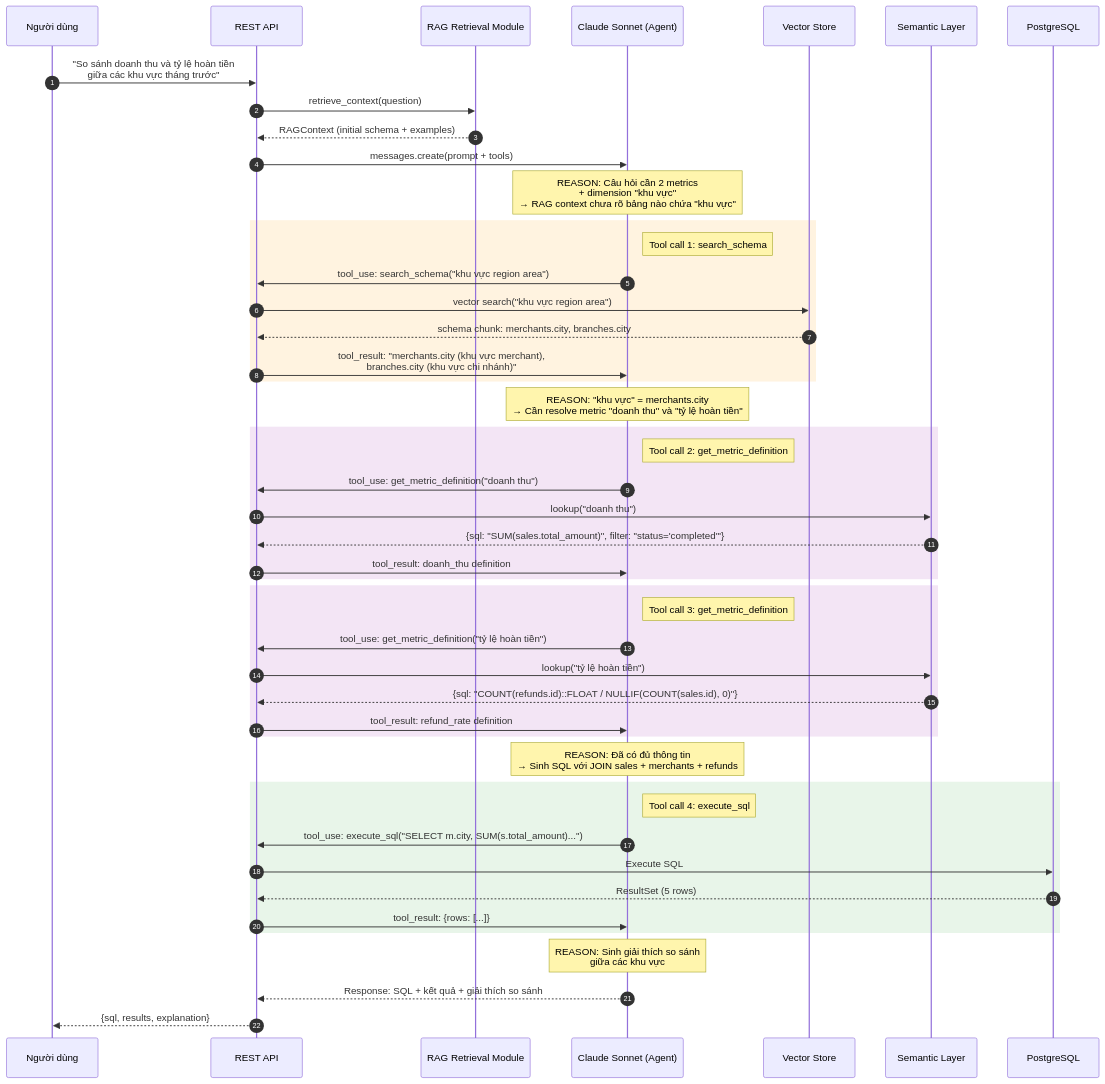
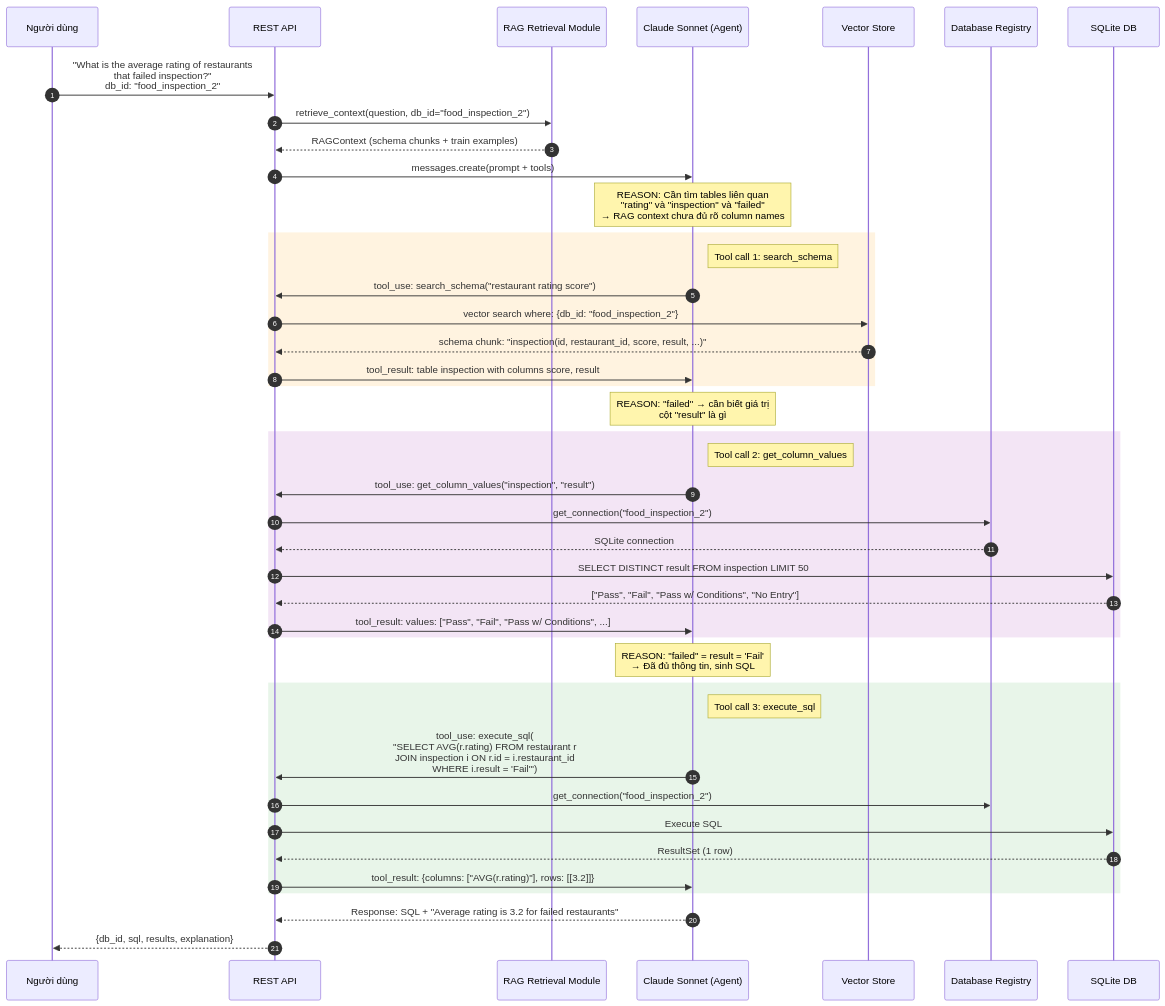
Before and after one commit to Learnheart/Text2SQL: the second of 6 diagrams in docs/03_Technical_Assessment/pattern_2_rag_single_agent/04_sequence_diagrams.md, drawn with Mermaid. The commit also changed other lines of this file and 3 other files, not shown here.

First line of the commit message:
rewrite architecture docs — BIRD multi-database + SQLite evaluation

````diff
--- a/docs/03_Technical_Assessment/pattern_2_rag_single_agent/04_sequence_diagrams.md
+++ b/docs/03_Technical_Assessment/pattern_2_rag_single_agent/04_sequence_diagrams.md
@@ -51,59 +55,53 @@
 ```mermaid
 sequenceDiagram
     autonumber
     participant User as Người dùng
     participant API as REST API
     participant RAG as RAG Retrieval Module
     participant Claude as Claude Sonnet (Agent)
     participant VS as Vector Store
-    participant SL as Semantic Layer
-    participant PG as PostgreSQL
+    participant DR as Database Registry
+    participant SQLite as SQLite DB
 
-    User->>API: "So sánh doanh thu và tỷ lệ hoàn tiền<br/>giữa các khu vực tháng trước"
-    API->>RAG: retrieve_context(question)
-    RAG-->>API: RAGContext (initial schema + examples)
+    User->>API: "What is the average rating of restaurants<br/>that failed inspection?"<br/>db_id: "food_inspection_2"
+
+    API->>RAG: retrieve_context(question, db_id="food_inspection_2")
+    RAG-->>API: RAGContext (schema chunks + train examples)
     API->>Claude: messages.create(prompt + tools)
 
-    Note over Claude: REASON: Câu hỏi cần 2 metrics<br/>+ dimension "khu vực"<br/>→ RAG context chưa rõ bảng nào chứa "khu vực"
+    Note over Claude: REASON: Cần tìm tables liên quan<br/>"rating" và "inspection" và "failed"<br/>→ RAG context chưa đủ rõ column names
 
     rect rgb(255, 243, 224)
         Note right of Claude: Tool call 1: search_schema
-        Claude->>API: tool_use: search_schema("khu vực region area")
-        API->>VS: vector search("khu vực region area")
-        VS-->>API: schema chunk: merchants.city, branches.city
-        API->>Claude: tool_result: "merchants.city (khu vực merchant),<br/>branches.city (khu vực chi nhánh)"
+        Claude->>API: tool_use: search_schema("restaurant rating score")
+        API->>VS: vector search where: {db_id: "food_inspection_2"}
+        VS-->>API: schema chunk: "inspection(id, restaurant_id, score, result, ...)"
+        API->>Claude: tool_result: table inspection with columns score, result
     end
 
-    Note over Claude: REASON: "khu vực" = merchants.city<br/>→ Cần resolve metric "doanh thu" và "tỷ lệ hoàn tiền"
+    Note over Claude: REASON: "failed" → cần biết giá trị<br/>cột "result" là gì
 
     rect rgb(243, 229, 245)
-        Note right of Claude: Tool call 2: get_metric_definition
-        Claude->>API: tool_use: get_metric_definition("doanh thu")
-        API->>SL: lookup("doanh thu")
-        SL-->>API: {sql: "SUM(sales.total_amount)", filter: "status='completed'"}
-        API->>Claude: tool_result: doanh_thu definition
+        Note right of Claude: Tool call 2: get_column_values
+        Claude->>API: tool_use: get_column_values("inspection", "result")
+        API->>DR: get_connection("food_inspection_2")
+        DR-->>API: SQLite connection
+        API->>SQLite: SELECT DISTINCT result FROM inspection LIMIT 50
+        SQLite-->>API: ["Pass", "Fail", "Pass w/ Conditions", "No Entry"]
+        API->>Claude: tool_result: values: ["Pass", "Fail", "Pass w/ Conditions", ...]
     end
 
-    rect rgb(243, 229, 245)
-        Note right of Claude: Tool call 3: get_metric_definition
-        Claude->>API: tool_use: get_metric_definition("tỷ lệ hoàn tiền")
-        API->>SL: lookup("tỷ lệ hoàn tiền")
-        SL-->>API: {sql: "COUNT(refunds.id)::FLOAT / NULLIF(COUNT(sales.id), 0)"}
-        API->>Claude: tool_result: refund_rate definition
+    Note over Claude: REASON: "failed" = result = 'Fail'<br/>→ Đã đủ thông tin, sinh SQL
+
+    rect rgb(232, 245, 233)
+        Note right of Claude: Tool call 3: execute_sql
+        Claude->>API: tool_use: execute_sql(<br/>"SELECT AVG(r.rating) FROM restaurant r<br/>JOIN inspection i ON r.id = i.restaurant_id<br/>WHERE i.result = 'Fail'")
+        API->>DR: get_connection("food_inspection_2")
+        API->>SQLite: Execute SQL
+        SQLite-->>API: ResultSet (1 row)
+        API->>Claude: tool_result: {columns: ["AVG(r.rating)"], rows: [[3.2]]}
     end
 
-    Note over Claude: REASON: Đã có đủ thông tin<br/>→ Sinh SQL với JOIN sales + merchants + refunds
-
-    rect rgb(232, 245, 233)
-        Note right of Claude: Tool call 4: execute_sql
-        Claude->>API: tool_use: execute_sql("SELECT m.city, SUM(s.total_amount)...")
-        API->>PG: Execute SQL
-        PG-->>API: ResultSet (5 rows)
-        API->>Claude: tool_result: {rows: [...]}
-    end
-
-    Note over Claude: REASON: Sinh giải thích so sánh<br/>giữa các khu vực
-
-    Claude-->>API: Response: SQL + kết quả + giải thích so sánh
-    API-->>User: {sql, results, explanation}
+    Claude-->>API: Response: SQL + "Average rating is 3.2 for failed restaurants"
+    API-->>User: {db_id, sql, results, explanation}
 ```
````
